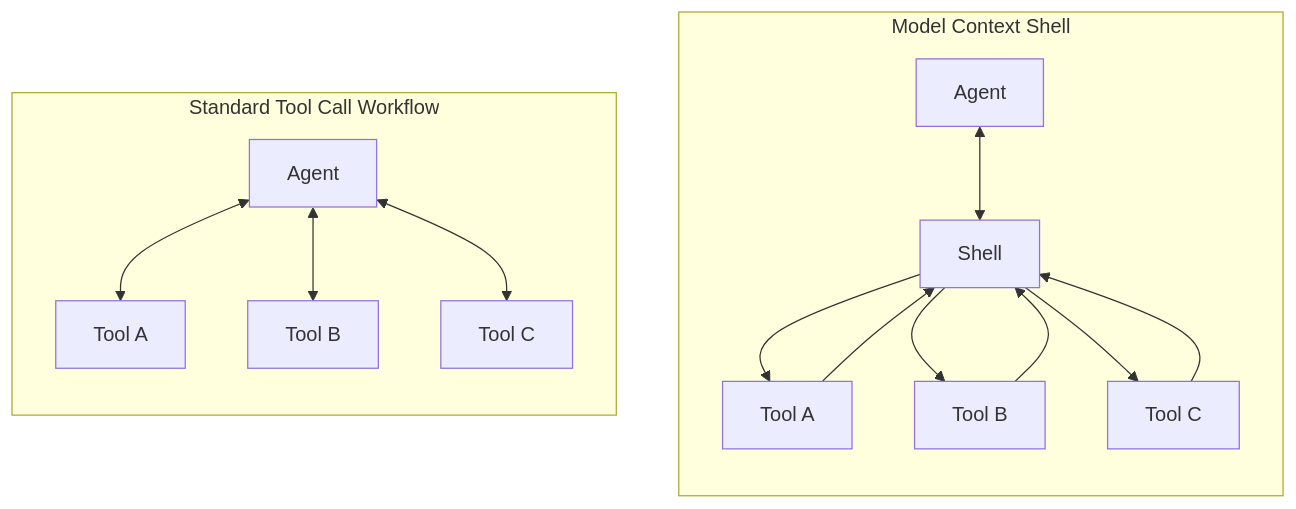
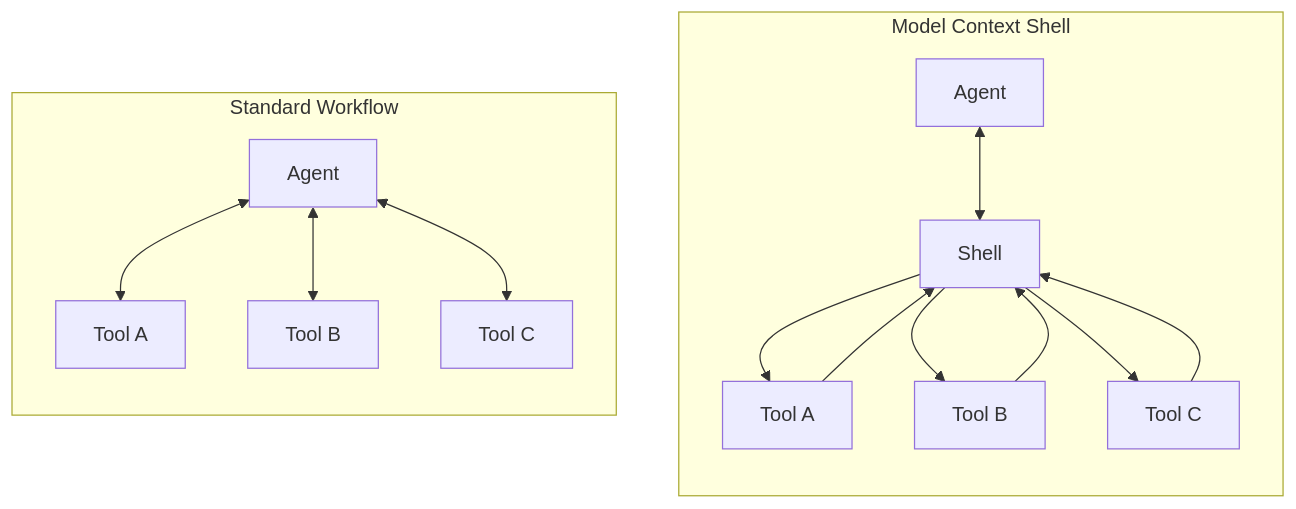
One commit to StacklokLabs/model-context-shell changed the second of 2 diagrams in README.md. Above: the diagram before and after it, drawn with Mermaid. The commit also changed other lines of this file, not shown here.

````diff
--- a/README.md
+++ b/README.md
@@ -25,18 +25,18 @@
 ```mermaid
 flowchart LR
-    subgraph without["Standard Tool Call Workflow"]
+    subgraph without["Standard Workflow"]
         direction TB
         A1[Agent]
         A1 <--> T1a[Tool A]
         A1 <--> T2a[Tool B]
         A1 <--> T3a[Tool C]
     end
     subgraph with["Model Context Shell"]
         direction TB
         A2[Agent] <--> S[Shell]
         S --> T1b[Tool A] --> S
         S --> T2b[Tool B] --> S
         S --> T3b[Tool C] --> S
     end
     without ~~~ with
 ```
````
